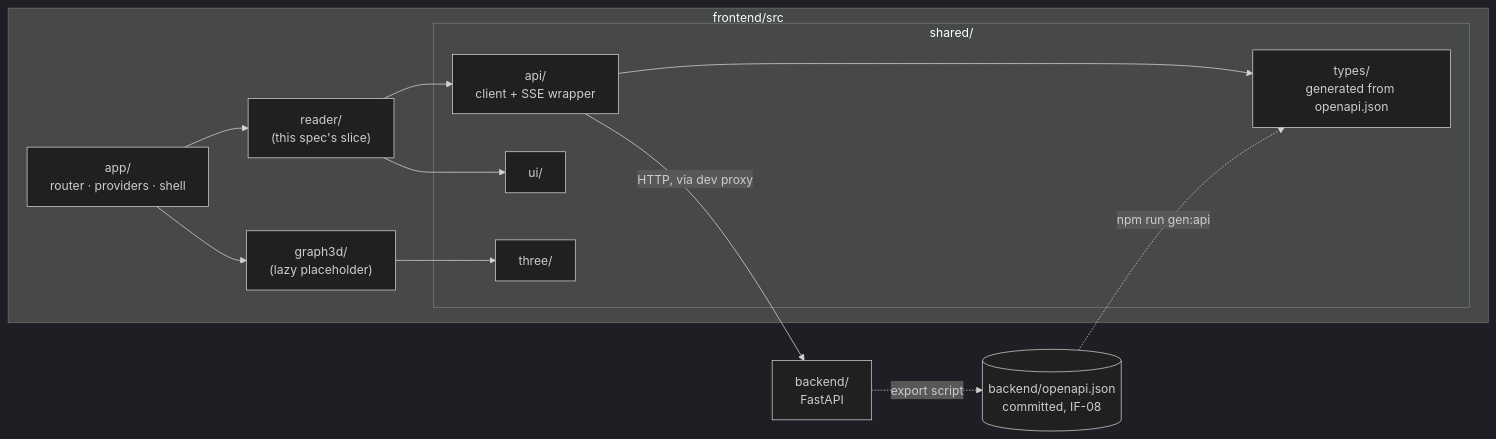
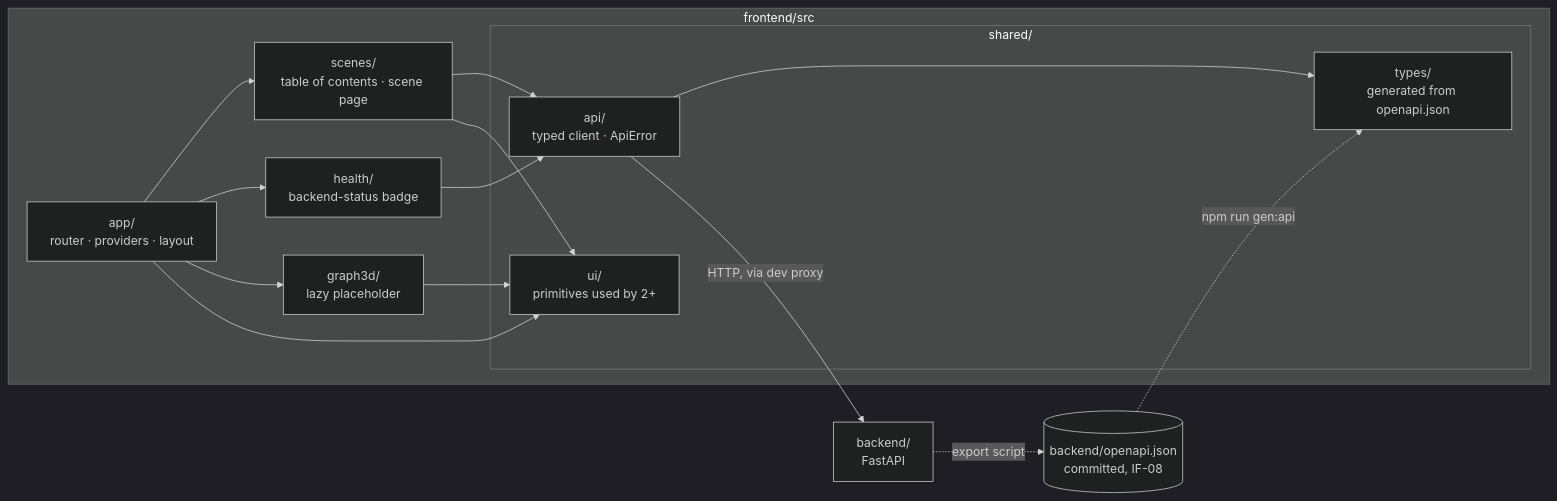
Before and after one commit to ignacio-hurtado-qaracter/My-Story-Marker: the diagram in specs/002-frontend-foundation/002-frontend-foundation.md, drawn with Mermaid (dark theme). The commit also changed other lines of this file, not shown here.

First line of the commit message:
spec(002): return to draft - align with docs/architecture.md and verification.md

````diff
--- a/specs/002-frontend-foundation/002-frontend-foundation.md
+++ b/specs/002-frontend-foundation/002-frontend-foundation.md
@@ -60,26 +66,29 @@
 ```mermaid
 flowchart LR
   subgraph FE["frontend/src"]
-    APP["app/<br/>router · providers · shell"]
-    READER["reader/<br/>(this spec's slice)"]
-    G3D["graph3d/<br/>(lazy placeholder)"]
+    APP["app/<br/>router · providers · layout"]
+    SCENES["scenes/<br/>table of contents · scene page"]
+    HEALTH["health/<br/>backend-status badge"]
+    G3D["graph3d/<br/>lazy placeholder"]
     subgraph SH["shared/"]
-      API["api/<br/>client + SSE wrapper"]
+      API["api/<br/>typed client · ApiError"]
       TYPES["types/<br/>generated from openapi.json"]
-      UI["ui/"]
-      THREE["three/"]
+      UI["ui/<br/>primitives used by 2+"]
     end
   end
   OAS[("backend/openapi.json<br/>committed, IF-08")]
   BE["backend/<br/>FastAPI"]
 
-  APP --> READER
+  APP --> SCENES
+  APP --> HEALTH
   APP --> G3D
-  READER --> API
-  READER --> UI
-  G3D --> THREE
+  APP --> UI
+  SCENES --> API
+  SCENES --> UI
+  HEALTH --> API
+  G3D --> UI
   API --> TYPES
   OAS -. "npm run gen:api" .-> TYPES
   API -- "HTTP, via dev proxy" --> BE
   BE -. "export script" .-> OAS
 ```
````
